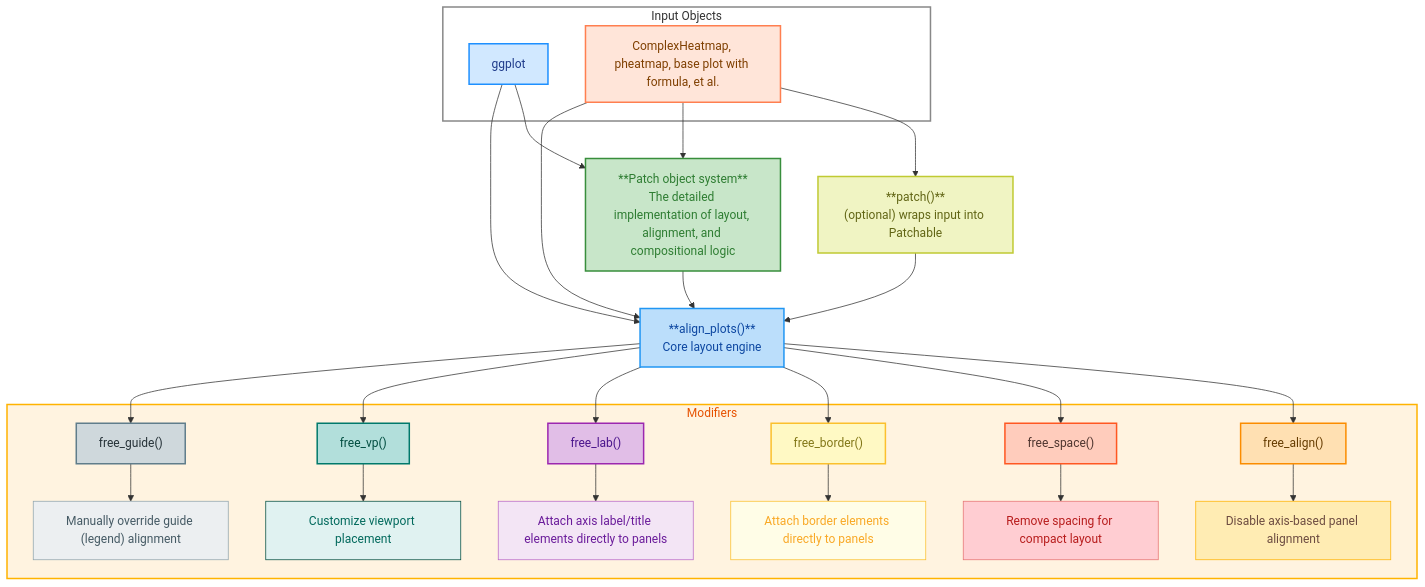
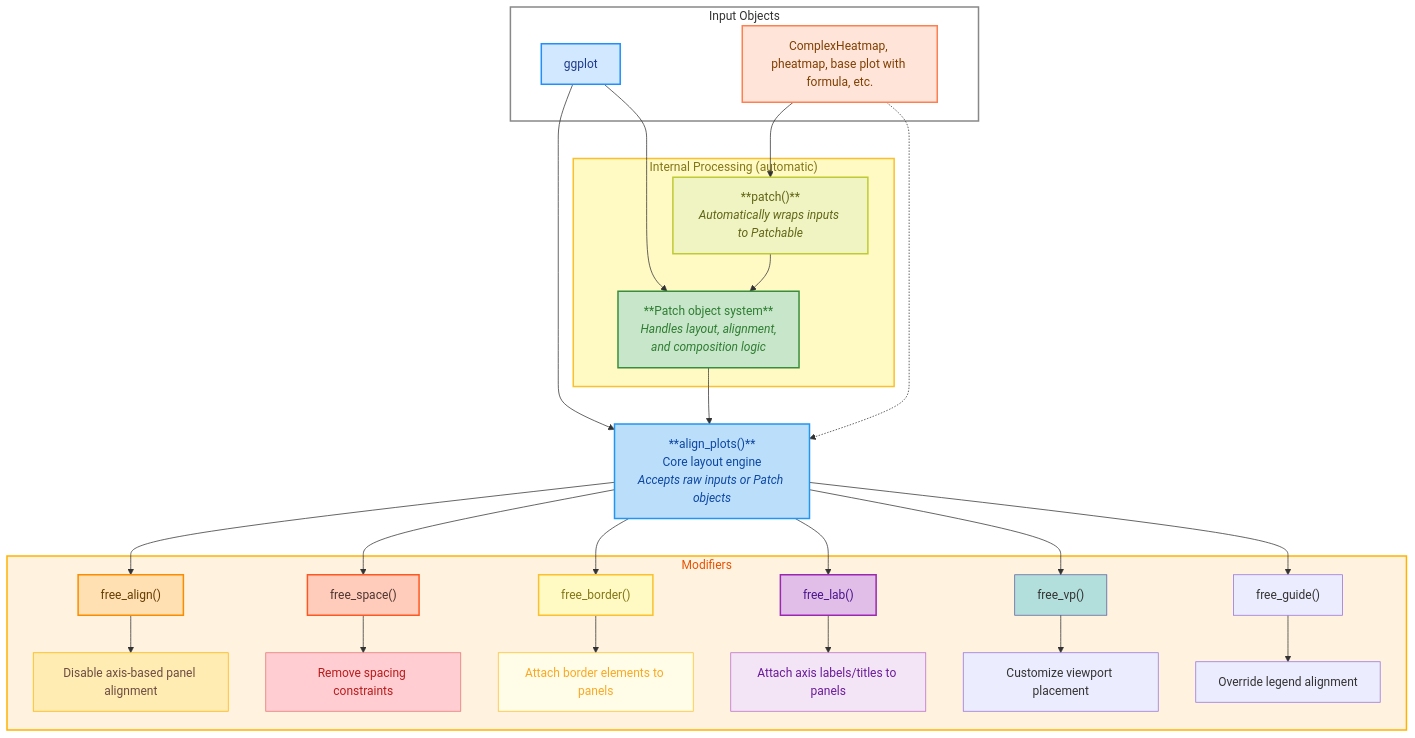
Before and after one commit to Yunuuuu/ggalign-book: the first of 2 diagrams in introduction.qmd, drawn with Mermaid.

Commit message:
better style

````diff
--- a/introduction.qmd
+++ b/introduction.qmd
@@ -83,41 +83,43 @@
     %% Input objects
     subgraph InputObjects["Input Objects"]
         G["ggplot"]
-        H["ComplexHeatmap, pheatmap, base plot with formula, et al."]
+        H["ComplexHeatmap, pheatmap, base plot with formula, etc."]
     end
 
-    %% patch() as optional wrapper
-    PatchFn["**patch()**<br/>(optional) wraps input into Patchable"]
-
-    Patch["**Patch object system**<br/>The detailed implementation of layout, alignment, and compositional logic"]
-
-    %% align_plots as the core engine
-    Align["**align_plots()**<br/>Core layout engine"]
-
-    %% Layout Modifiers
-    subgraph Modifiers
-         F1["free_align()"]
-         F1Desc["Disable axis-based panel alignment"]
-         F2["free_space()"]
-         F2Desc["Remove spacing for compact layout"]
-         F3["free_border()"]
-         F3Desc["Attach border elements directly to panels"]
-         F4["free_lab()"]
-         F4Desc["Attach axis label/title elements directly to panels"]
-         F5["free_vp()"]
-         F5Desc["Customize viewport placement"]
-         F6["free_guide()"]
-         F6Desc["Manually override guide (legend) alignment"]
+    %% Internal automatic processing
+    subgraph Internal["Internal Processing (automatic)"]
+        PatchFn["**patch()**<br/><i>Automatically wraps inputs to Patchable</i>"]
+        Patch["**Patch object system**<br/><i>Handles layout, alignment,<br/>and composition logic</i>"]
     end
 
-    %% Flow
+    %% Core engine
+    Align["**align_plots()**<br/>Core layout engine<br/><i>Accepts raw inputs or Patch objects</i>"]
+
+    %% Layout modifiers
+    subgraph Modifiers
+        F1["free_align()"]
+        F1Desc["Disable axis-based panel alignment"]
+        F2["free_space()"]
+        F2Desc["Remove spacing constraints"]
+        F3["free_border()"]
+        F3Desc["Attach border elements to panels"]
+        F4["free_lab()"]
+        F4Desc["Attach axis labels/titles to panels"]
+        F5["free_vp()"]
+        F5Desc["Customize viewport placement"]
+        F6["free_guide()"]
+        F6Desc["Override legend alignment"]
+    end
+
+    %% Flow of data
+    G --> Align
     H --> PatchFn
     G --> Patch
-    H --> Patch
-    G --> Align
-    H --> Align
-    PatchFn --> Align
+    PatchFn --> Patch
     Patch --> Align
+
+    %% Dashed arrow: inputs can also be passed directly to align_plots()
+    H -.-> Align
 
     Align --> F1
     Align --> F2
@@ -133,33 +135,22 @@
     F5 --> F5Desc
     F6 --> F6Desc
 
-    %% Colors and styling
+    %% Styling
     style InputObjects fill:none,stroke:#888888,stroke-width:2px
-
+    style Internal fill:#FFF9C4,stroke:#FBC02D,stroke-width:2px,color:#827717
     style G fill:#D1E8FF,stroke:#1E90FF,stroke-width:2px,color:#1E3A8A
     style H fill:#FFE5D9,stroke:#FF7F50,stroke-width:2px,color:#7F3F00
     style PatchFn fill:#F0F4C3,stroke:#C0CA33,stroke-width:2px,color:#616515
     style Patch fill:#C8E6C9,stroke:#388E3C,stroke-width:2px,color:#2E7D32
     style Align fill:#BBDEFB,stroke:#2196F3,stroke-width:2px,color:#0D47A1
-
     style Modifiers fill:#FFF3E0,stroke:#FFB300,stroke-width:2px,color:#E65100
-
     style F1 fill:#FFE0B2,stroke:#FB8C00,stroke-width:2px,color:#663C00
     style F1Desc fill:#FFECB3,stroke:#FFB300,stroke-width:1px,color:#6D4C41
-
     style F2 fill:#FFCCBC,stroke:#FF5722,stroke-width:2px,color:#4E342E
     style F2Desc fill:#FFCDD2,stroke:#E57373,stroke-width:1px,color:#B71C1C
-
     style F3 fill:#FFF9C4,stroke:#FBC02D,stroke-width:2px,color:#827717
     style F3Desc fill:#FFFDE7,stroke:#FBC02D,stroke-width:1px,color:#F9A825
-
     style F4 fill:#E1BEE7,stroke:#9C27B0,stroke-width:2px,color:#4A148C
     style F4Desc fill:#F3E5F5,stroke:#BA68C8,stroke-width:1px,color:#6A1B9A
-
-    style F5 fill:#B2DFDB,stroke:#00796B,stroke-width:2px,color:#004D40
-    style F5Desc fill:#E0F2F1,stroke:#004D40,stroke-width:1px,color:#00695C
-
-    style F6 fill:#CFD8DC,stroke:#607D8B,stroke-width:2px,color:#263238
-    style F6Desc fill:#ECEFF1,stroke:#90A4AE,stroke-width:1px,color:#455A64
-
+    style F5 fill:#B2DFDB,stroke:#0079
 ```
````
